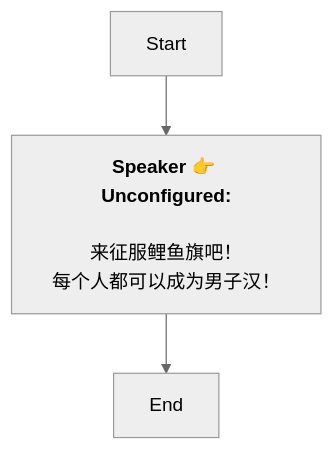
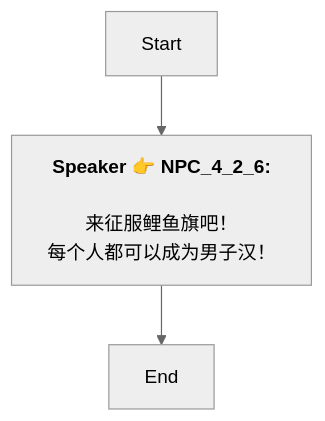
The diagram in Zh/Dialog_54729890753122.md (SoftHu/tos_avg), drawn with Mermaid (neutral theme) before and after one commit. The commit also changed 737 other files, not shown here.

````diff
--- a/Zh/Dialog_54729890753122.md
+++ b/Zh/Dialog_54729890753122.md
@@ -1,9 +1,8 @@
 ```mermaid
 graph
-Start -->1751356553502259[<b>Speaker 👉 Unconfigured:</b>
-
-来征服鲤鱼旗吧！
+Start -->1751356553502259[<b>Speaker 👉 NPC_4_2_6:</b>
+\n来征服鲤鱼旗吧！
 每个人都可以成为男子汉！]
 1751356553502259 -->1751356556630580[End]
 
- ```
+```
````
